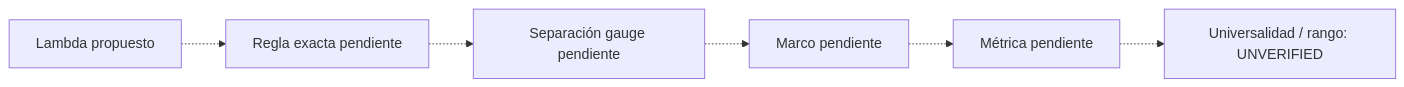
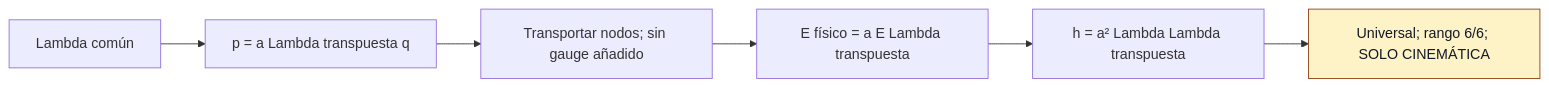
The diagram in docs/family_atlas/families/F2_common_embedding.md (nacho09021973/qca-causal-cones), drawn with Mermaid before and after one commit. The commit also changed other lines of this file and 12 other files, not shown here.

````diff
--- a/docs/family_atlas/families/F2_common_embedding.md
+++ b/docs/family_atlas/families/F2_common_embedding.md
@@ -63,7 +78,10 @@
 ```mermaid
 flowchart LR
-  A["Lambda propuesto"] -.-> B["Regla exacta pendiente"]
-  B -.-> C["Separación gauge pendiente"]
-  C -.-> D["Marco pendiente"] -.-> E["Métrica pendiente"]
-  E -.-> F["Universalidad / rango: UNVERIFIED"]
+  A["Lambda común"] --> B["p = a Lambda transpuesta q"]
+  B --> C["Transportar nodos; sin gauge añadido"]
+  C --> D["E físico = a E Lambda transpuesta"]
+  D --> E["h = a² Lambda Lambda transpuesta"]
+  E --> F["Universal; rango 6/6; SOLO CINEMÁTICA"]
+  classDef limited fill:#fef3c7,stroke:#92400e,color:#111827;
+  class F limited;
 ```
````
